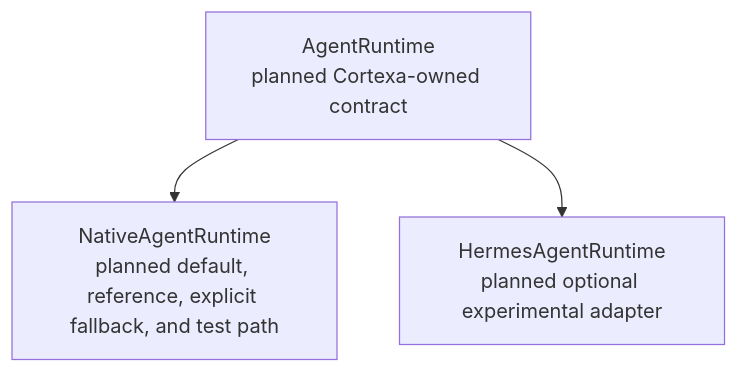
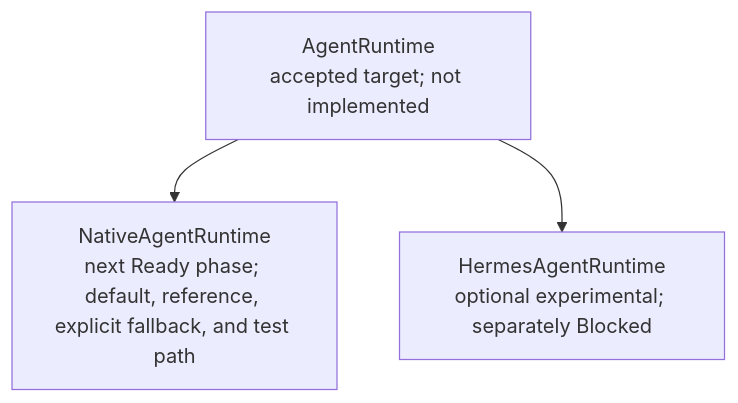
The third of 4 diagrams in ARCHITECTURE.md (SillyRbbit/ai-agent-assistant), drawn with Mermaid before and after one commit. The commit also changed other lines of this file and 15 other files, not shown here.

Commit message:
docs(architecture): accept Hermes runtime direction

````diff
--- a/ARCHITECTURE.md
+++ b/ARCHITECTURE.md
@@ -139,6 +139,6 @@
 ```mermaid
 flowchart TD
-    Contract["AgentRuntime<br/>planned Cortexa-owned contract"]
-    Contract --> Native["NativeAgentRuntime<br/>planned default, reference, explicit fallback, and test path"]
-    Contract --> Hermes["HermesAgentRuntime<br/>planned optional experimental adapter"]
+    Contract["AgentRuntime<br/>accepted target; not implemented"]
+    Contract --> Native["NativeAgentRuntime<br/>next Ready phase; default, reference, explicit fallback, and test path"]
+    Contract --> Hermes["HermesAgentRuntime<br/>optional experimental; separately Blocked"]
 ```
````
